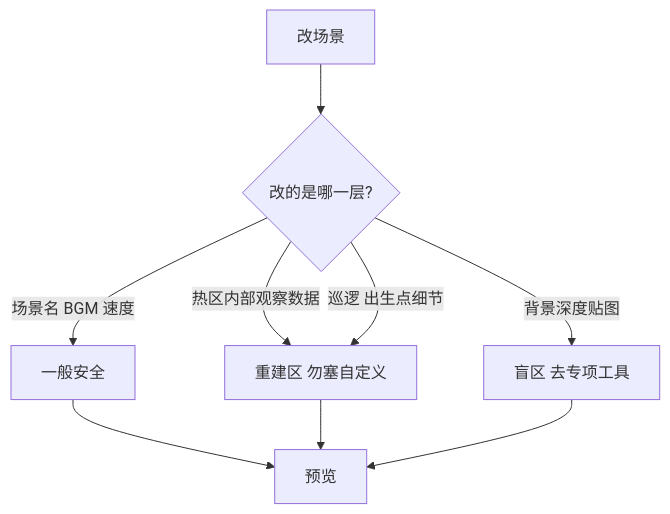
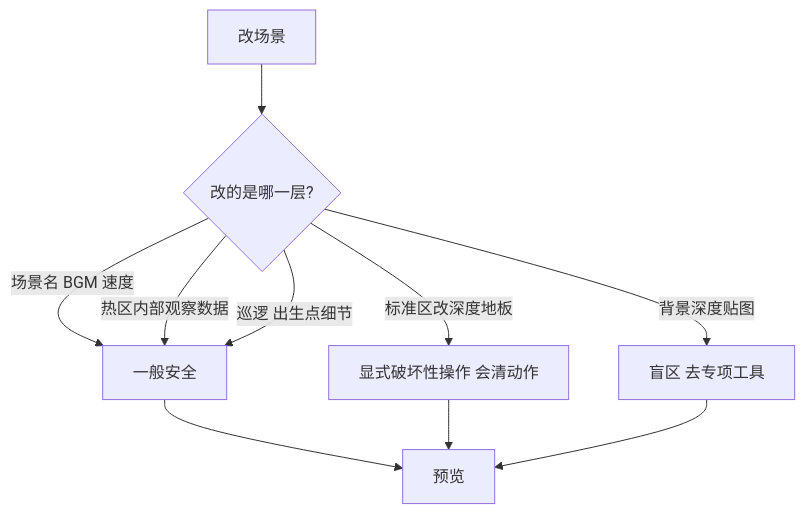
One commit to wubugui/GDoc changed the second of 2 diagrams in docs/editors/panels/scene.md. Above: the diagram before and after it, drawn with Mermaid. The commit also changed other lines of this file and 27 other files, not shown here.

````diff
--- a/docs/editors/panels/scene.md
+++ b/docs/editors/panels/scene.md
@@ -192,11 +199,12 @@
 ```mermaid
 flowchart TD
   S[改场景] --> Q{改的是哪一层?}
   Q -->|场景名 BGM 速度| OK[一般安全]
-  Q -->|热区内部观察数据| R[重建区 勿塞自定义]
-  Q -->|巡逻 出生点细节| R
+  Q -->|热区内部观察数据| OK
+  Q -->|巡逻 出生点细节| OK
+  Q -->|标准区改深度地板| D[显式破坏性操作 会清动作]
   Q -->|背景深度贴图| B[盲区 去专项工具]
   OK --> P[预览]
-  R --> P
+  D --> P
   B --> P
 ```
````
